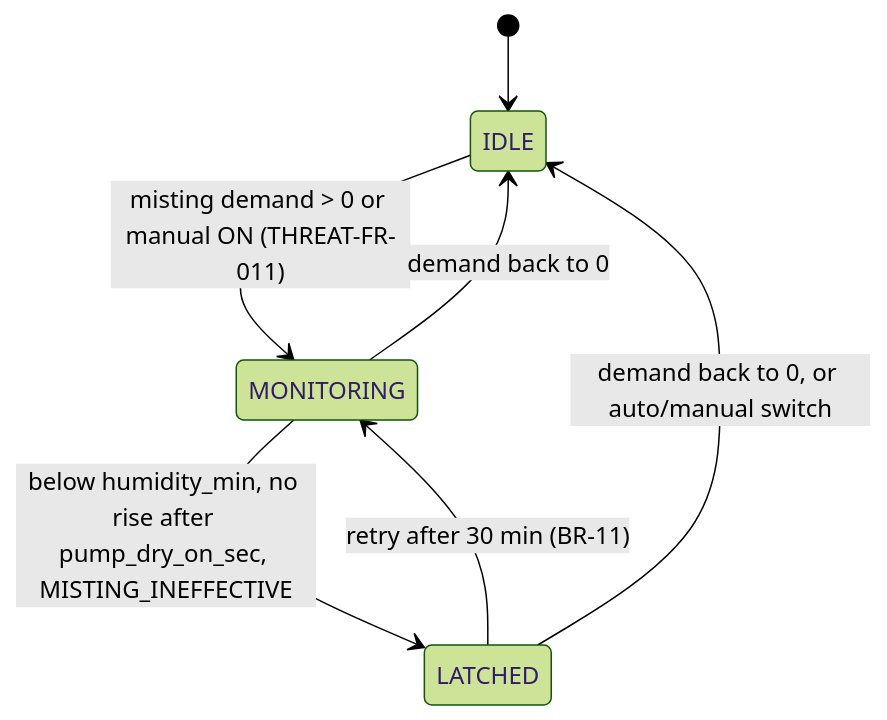
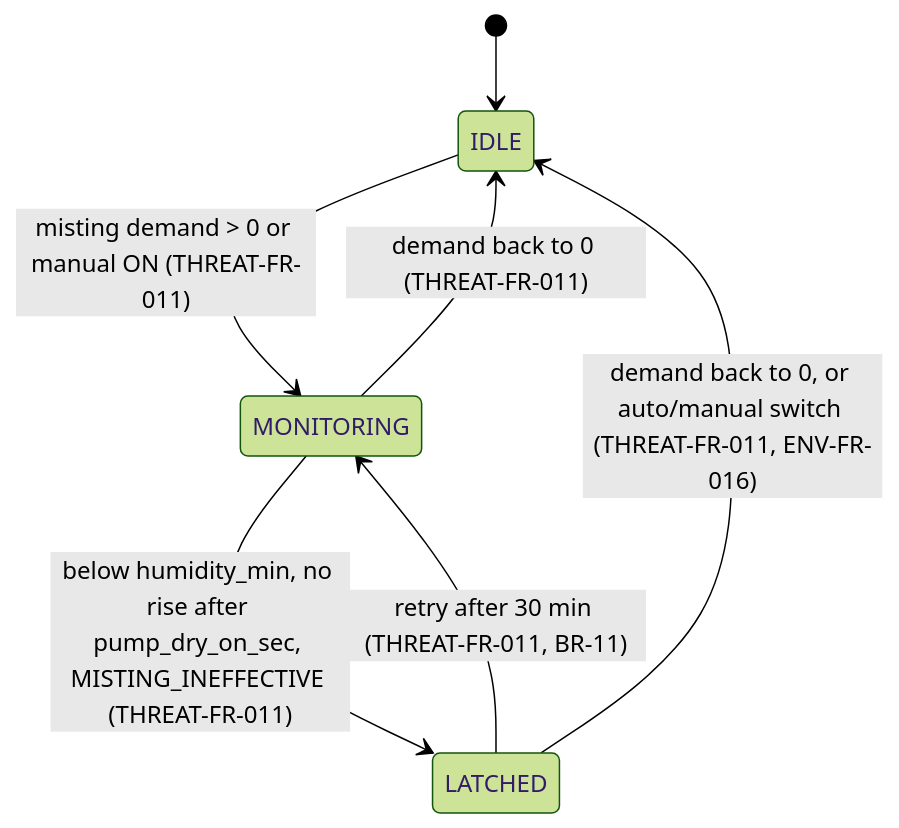
Before and after one commit to NBao261/SwiftletCare_KLTN: the tenth of 40 diagrams in docs/reports/report4-sdd.md, drawn with Mermaid (forest theme). The commit also changed other lines of this file and 5 other files, not shown here.

````diff
--- a/docs/reports/report4-sdd.md
+++ b/docs/reports/report4-sdd.md
@@ -1110,9 +1118,9 @@
 ```mermaid
 stateDiagram-v2
   [*] --> IDLE
   IDLE --> MONITORING : misting demand > 0 or manual ON (THREAT-FR-011)
-  MONITORING --> IDLE : demand back to 0
-  MONITORING --> LATCHED : below humidity_min, no rise after pump_dry_on_sec, MISTING_INEFFECTIVE
-  LATCHED --> IDLE : demand back to 0, or auto/manual switch
-  LATCHED --> MONITORING : retry after 30 min (BR-11)
+  MONITORING --> IDLE : demand back to 0 (THREAT-FR-011)
+  MONITORING --> LATCHED : below humidity_min, no rise after pump_dry_on_sec, MISTING_INEFFECTIVE (THREAT-FR-011)
+  LATCHED --> IDLE : demand back to 0, or auto/manual switch (THREAT-FR-011, ENV-FR-016)
+  LATCHED --> MONITORING : retry after 30 min (THREAT-FR-011, BR-11)
 ```
````
